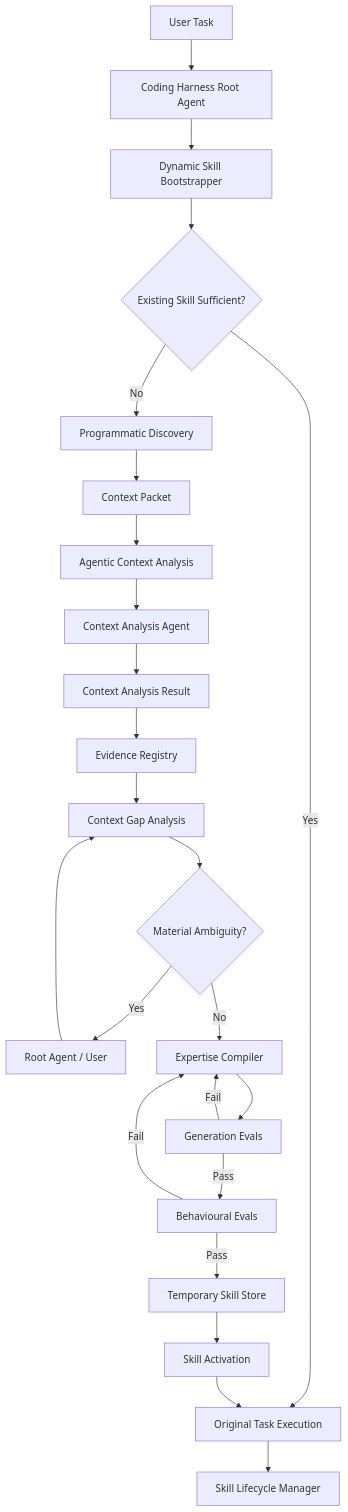
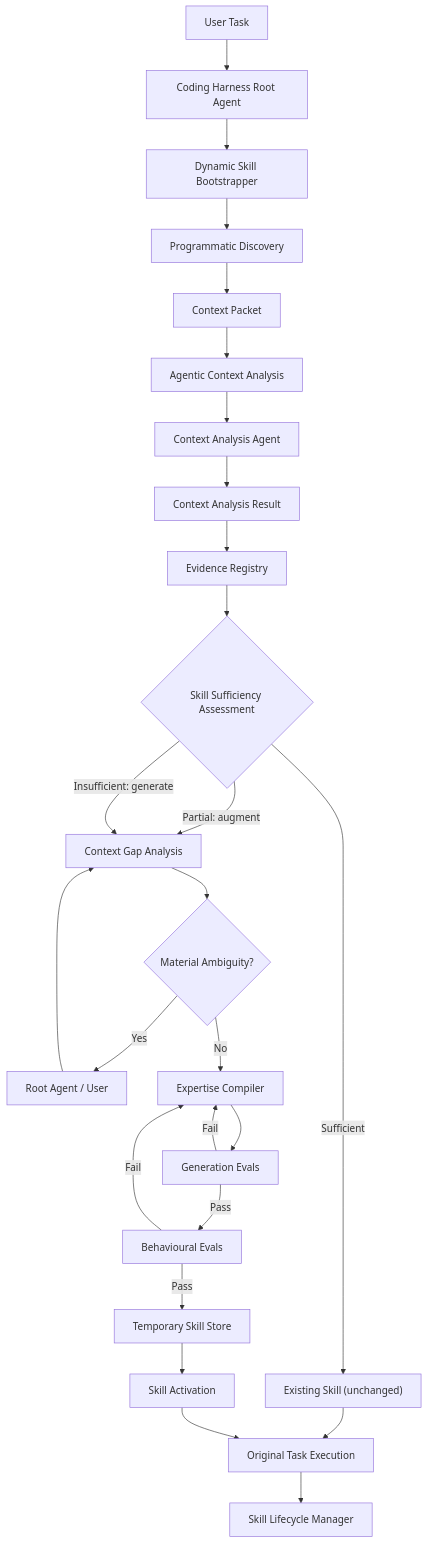
One commit to prameet-verma/dyskills changed the second of 2 diagrams in PRD.md. Above: the diagram before and after it, drawn with Mermaid. The commit also changed other lines of this file, not shown here.

First line of the commit message:
docs: PRD v0.8 — Skill Sufficiency Assessment and ephemeral skill augmentation

````diff
--- a/PRD.md
+++ b/PRD.md
@@ -940,53 +992,55 @@
 ```mermaid
 flowchart TD
     U["User Task"]
     H["Coding Harness Root Agent"]
     B["Dynamic Skill Bootstrapper"]
-    C{"Existing Skill Sufficient?"}
+    C{"Skill Sufficiency Assessment"}
+    E["Existing Skill (unchanged)"]
 
     PD["Programmatic Discovery"]
     AD["Agentic Context Analysis"]
 
     SC["Context Packet"]
     CA["Context Analysis Agent"]
     CR["Context Analysis Result"]
 
     EV["Evidence Registry"]
     GV["Context Gap Analysis"]
     Q{"Material Ambiguity?"}
     P["Root Agent / User"]
 
     X["Expertise Compiler"]
     GE["Generation Evals"]
     BE["Behavioural Evals"]
     TS["Temporary Skill Store"]
     A["Skill Activation"]
 
     W["Original Task Execution"]
     L["Skill Lifecycle Manager"]
 
-    U --> H --> B --> C
-    C -->|Yes| W
-    C -->|No| PD
+    U --> H --> B --> PD
 
     PD --> SC
     SC --> AD
     AD --> CA
     CA --> CR
     CR --> EV
-    EV --> GV
+    EV --> C
+    C -->|Sufficient| E --> W
+    C -->|Partial: augment| GV
+    C -->|Insufficient: generate| GV
     GV --> Q
 
     Q -->|Yes| P --> GV
     Q -->|No| X
 
     X --> GE
     GE -->|Fail| X
     GE -->|Pass| BE
     BE -->|Fail| X
     BE -->|Pass| TS
 
     TS --> A
     A --> W
     W --> L
 ```
````
